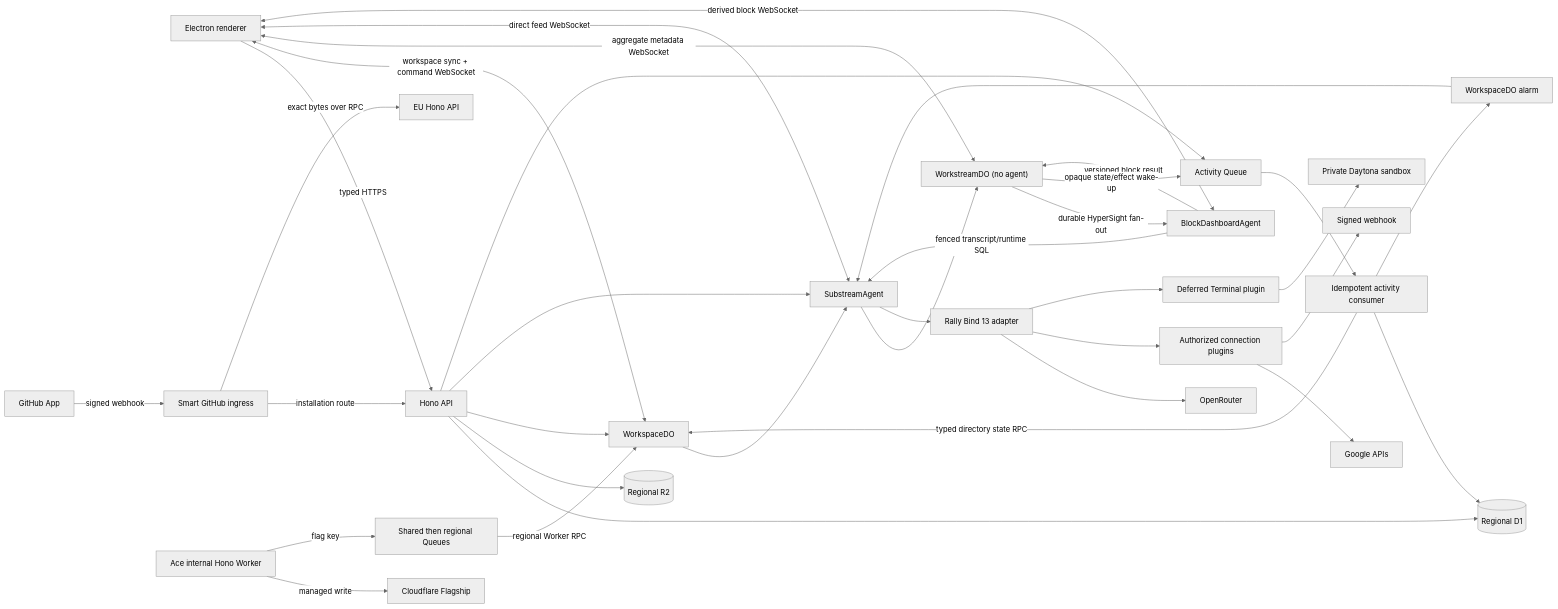
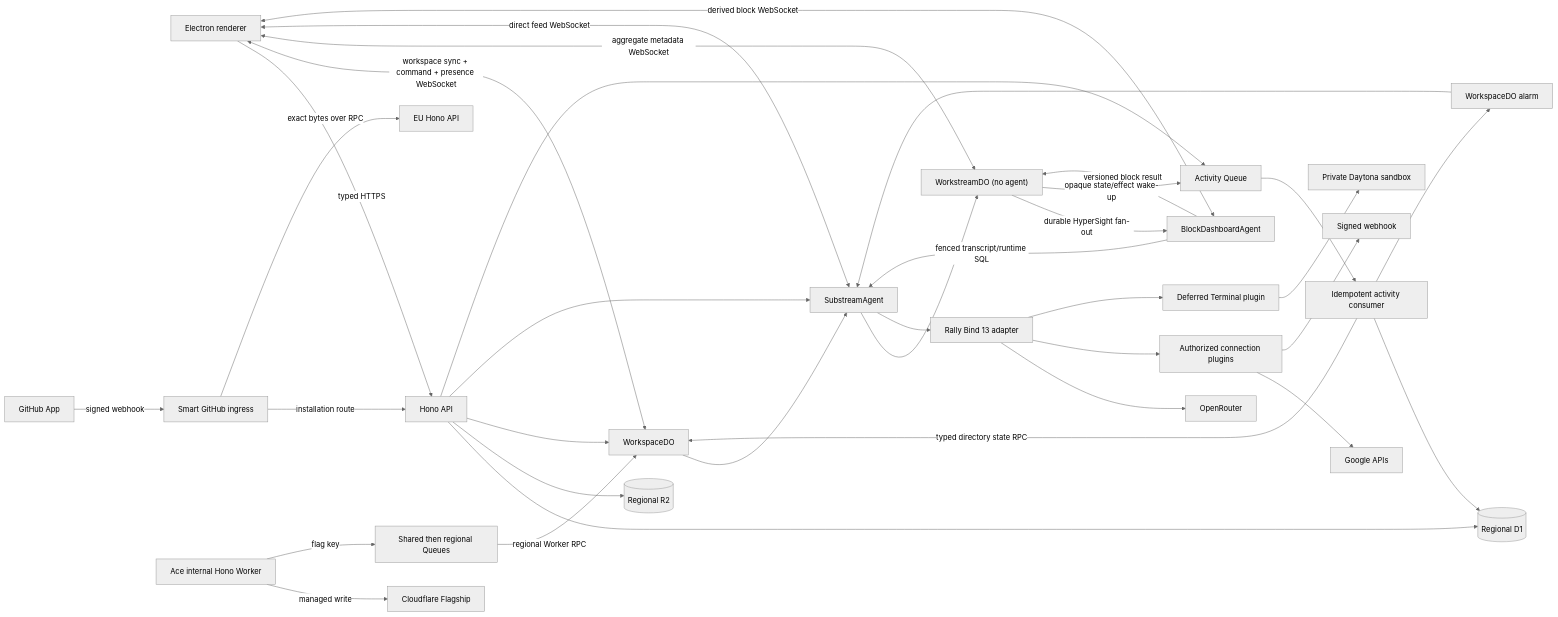
The diagram in docs/architecture.md (juno-ai-labs/avalon), drawn with Mermaid (neutral theme) before and after one commit. The commit also changed other lines of this file and 20 other files, not shown here.

````diff
--- a/docs/architecture.md
+++ b/docs/architecture.md
@@ -90,37 +93,37 @@
 ```mermaid
 flowchart LR
   E["Electron renderer"] -->|"typed HTTPS"| H["Hono API"]
-  E <-->|"workspace sync + command WebSocket"| WD["WorkspaceDO"]
+  E <-->|"workspace sync + command + presence WebSocket"| WD["WorkspaceDO"]
   E <-->|"aggregate metadata WebSocket"| WS["WorkstreamDO (no agent)"]
   E <-->|"direct feed WebSocket"| SA["SubstreamAgent"]
   E <-->|"derived block WebSocket"| HB["BlockDashboardAgent"]
   WS -->|"durable HyperSight fan-out"| HB["BlockDashboardAgent"]
   HB -->|"fenced transcript/runtime SQL"| SA
   HB -->|"versioned block result"| WS
   H --> D[("Regional D1")]
   H --> B[("Regional R2")]
   H --> WD
   H --> SA
   WD --> SA
   SA --> WS
   WS -->|"opaque state/effect wake-up"| Q
   H --> Q["Activity Queue"]
   GH["GitHub App"] -->|"signed webhook"| GI["Smart GitHub ingress"]
   GI -->|"installation route"| H
   GI -->|"exact bytes over RPC"| EH["EU Hono API"]
   Q --> C["Idempotent activity consumer"]
   C -->|"typed directory state RPC"| WD
   C --> D
   C --> S["WorkspaceDO alarm"]
   S --> SA
   SA --> A["Rally Bind 13 adapter"]
   A --> O["OpenRouter"]
   A --> T["Authorized connection plugins"]
   A --> X["Deferred Terminal plugin"]
   ACE["Ace internal Hono Worker"] -->|"managed write"| FF["Cloudflare Flagship"]
   ACE -->|"flag key"| FQ["Shared then regional Queues"]
   FQ -->|"regional Worker RPC"| WD
   X --> DT["Private Daytona sandbox"]
   T --> G["Google APIs"]
   T --> M["Signed webhook"]
 ```
````
